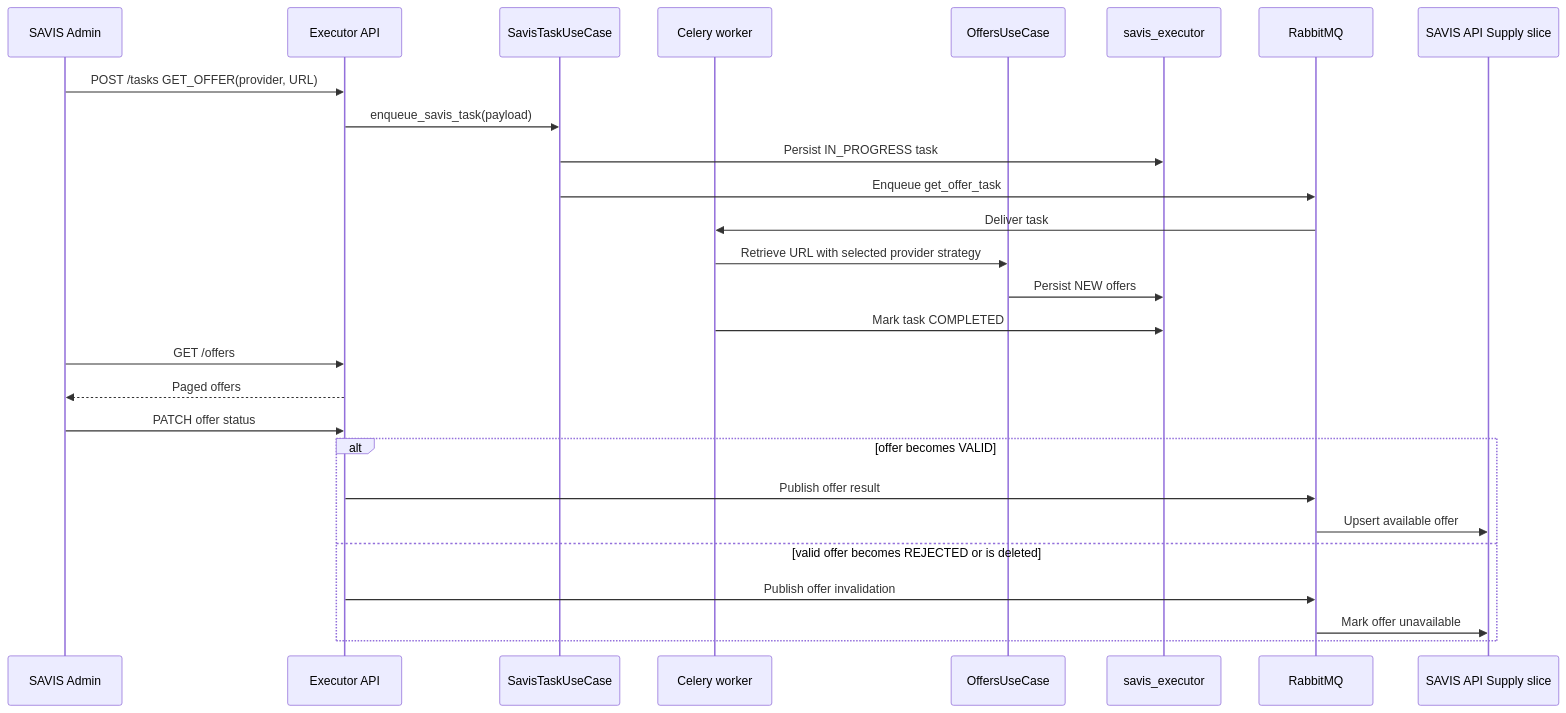
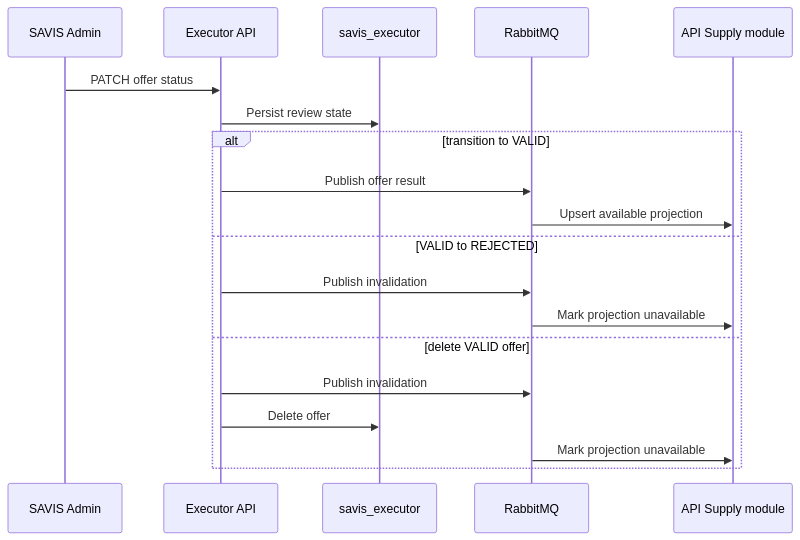
Before and after one commit to wiljeanlouis/savis: the tenth of 17 diagrams in docs/ARCHITECTURE.md, drawn with Mermaid. The commit also changed other lines of this file and 4 other files, not shown here.

First line of the commit message:
docs: Enhance documentation across SAVIS components with navigation sections, clarify API behaviors, and update configuration details. (#7)

````diff
--- a/docs/ARCHITECTURE.md
+++ b/docs/ARCHITECTURE.md
@@ -330,30 +542,22 @@
 ```mermaid
 sequenceDiagram
   participant Admin as SAVIS Admin
   participant Executor as Executor API
-  participant TaskUseCase as SavisTaskUseCase
-  participant Worker as Celery worker
-  participant OfferUseCase as OffersUseCase
   participant PgExec as savis_executor
   participant Rabbit as RabbitMQ
-  participant Supply as SAVIS API Supply slice
+  participant Supply as API Supply module
 
-  Admin->>Executor: POST /tasks GET_OFFER(provider, URL)
-  Executor->>TaskUseCase: enqueue_savis_task(payload)
-  TaskUseCase->>PgExec: Persist IN_PROGRESS task
-  TaskUseCase->>Rabbit: Enqueue get_offer_task
-  Rabbit->>Worker: Deliver task
-  Worker->>OfferUseCase: Retrieve URL with selected provider strategy
-  OfferUseCase->>PgExec: Persist NEW offers
-  Worker->>PgExec: Mark task COMPLETED
-  Admin->>Executor: GET /offers
-  Executor-->>Admin: Paged offers
   Admin->>Executor: PATCH offer status
-  alt offer becomes VALID
+  Executor->>PgExec: Persist review state
+  alt transition to VALID
     Executor->>Rabbit: Publish offer result
-    Rabbit->>Supply: Upsert available offer
-  else valid offer becomes REJECTED or is deleted
-    Executor->>Rabbit: Publish offer invalidation
-    Rabbit->>Supply: Mark offer unavailable
+    Rabbit->>Supply: Upsert available projection
+  else VALID to REJECTED
+    Executor->>Rabbit: Publish invalidation
+    Rabbit->>Supply: Mark projection unavailable
+  else delete VALID offer
+    Executor->>Rabbit: Publish invalidation
+    Executor->>PgExec: Delete offer
+    Rabbit->>Supply: Mark projection unavailable
   end
 ```
````
